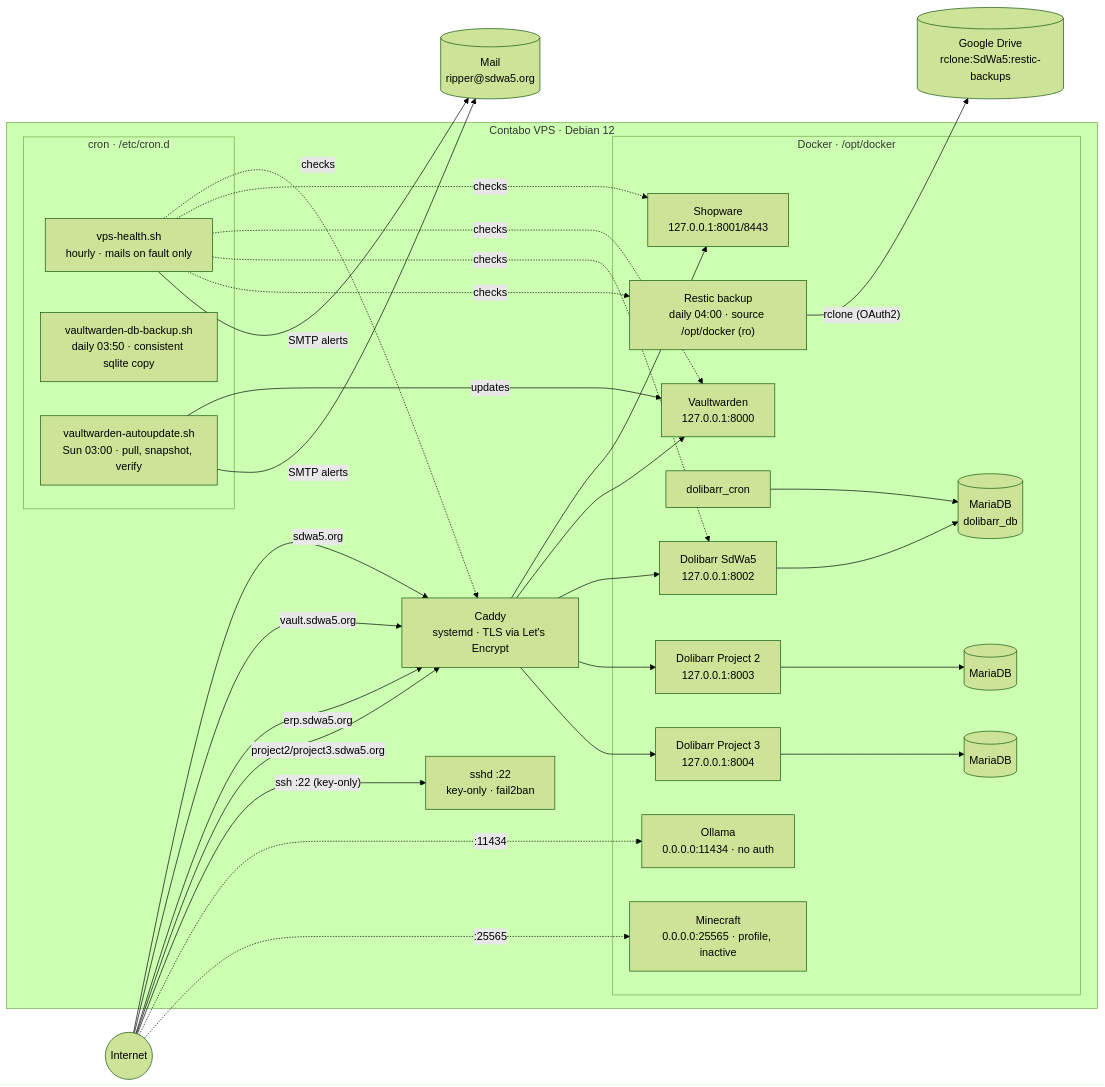
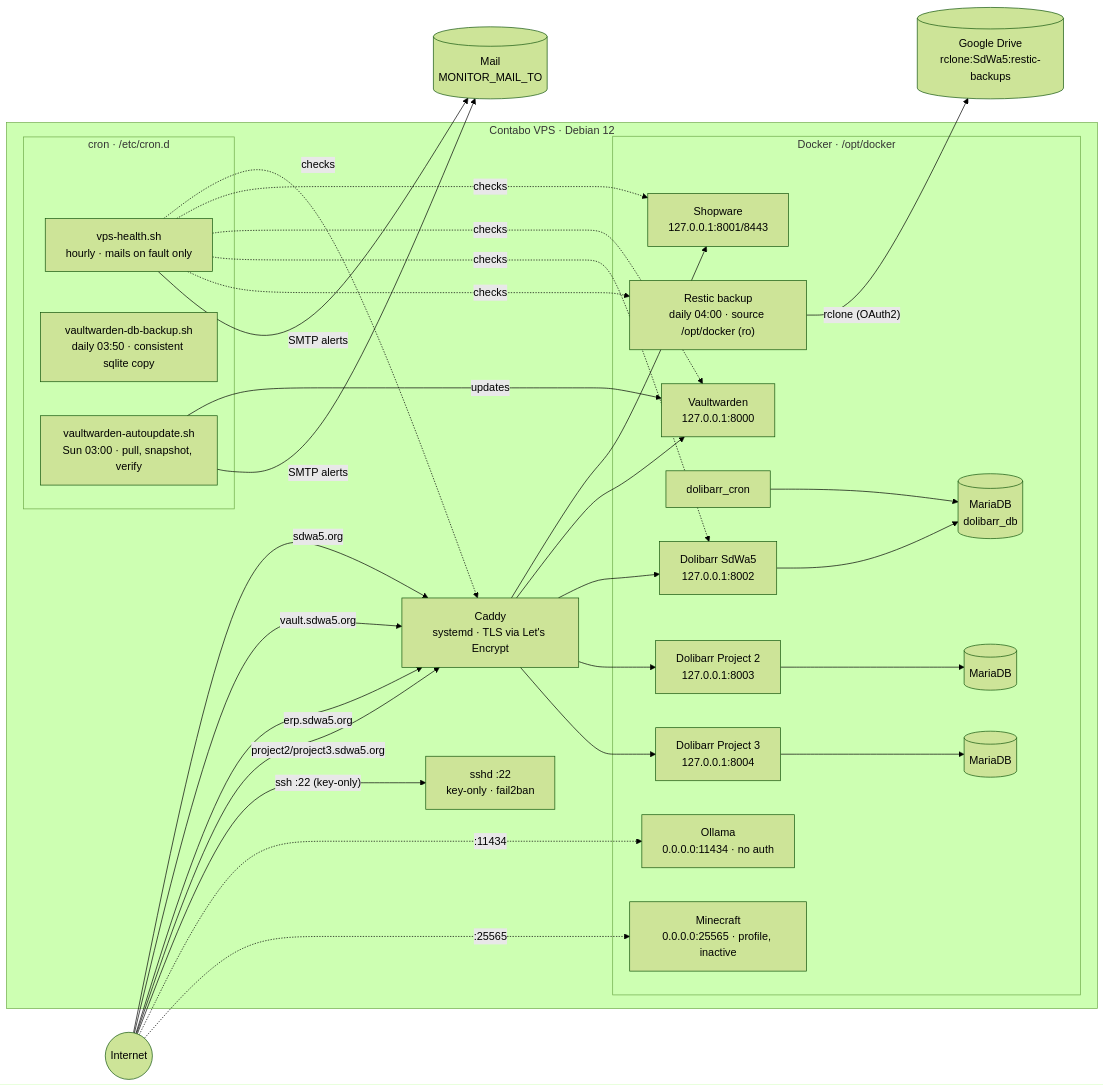
The diagram in docs/infrastructure.md (SdWa5/vps), drawn with Mermaid (forest theme) before and after one commit. The commit also changed 6 other files, not shown here.

````diff
--- a/docs/infrastructure.md
+++ b/docs/infrastructure.md
@@ -7,50 +7,50 @@
 ```mermaid
 flowchart LR
     U((Internet))
 
     subgraph vps ["Contabo VPS · Debian 12"]
         C["Caddy<br/>systemd · TLS via Let's Encrypt"]
 
         subgraph docker ["Docker · /opt/docker"]
             SW["Shopware<br/>127.0.0.1:8001/8443"]
             VW["Vaultwarden<br/>127.0.0.1:8000"]
             DL["Dolibarr SdWa5<br/>127.0.0.1:8002"]
             DLC["dolibarr_cron"]
             DLDB[("MariaDB<br/>dolibarr_db")]
             P2["Dolibarr Project 2<br/>127.0.0.1:8003"]
             P2DB[("MariaDB")]
             P3["Dolibarr Project 3<br/>127.0.0.1:8004"]
             P3DB[("MariaDB")]
             OL["Ollama<br/>0.0.0.0:11434 · no auth"]
             MC["Minecraft<br/>0.0.0.0:25565 · profile, inactive"]
             RS["Restic backup<br/>daily 04:00 · source /opt/docker (ro)"]
         end
 
         subgraph cron ["cron · /etc/cron.d"]
             HC["vps-health.sh<br/>hourly · mails on fault only"]
             DB["vaultwarden-db-backup.sh<br/>daily 03:50 · consistent sqlite copy"]
             AU["vaultwarden-autoupdate.sh<br/>Sun 03:00 · pull, snapshot, verify"]
         end
 
         SSHD["sshd :22<br/>key-only · fail2ban"]
     end
 
     GD[("Google Drive<br/>rclone:SdWa5:restic-backups")]
     U -- " sdwa5.org " --> C
     U -- " vault.sdwa5.org " --> C
     U -- " erp.sdwa5.org " --> C
     U -- " project2/project3.sdwa5.org " --> C
     U -- " ssh :22 (key-only) " --> SSHD
     U -. " :11434 " .-> OL
     U -. " :25565 " .-> MC
     C --> SW & VW & DL
     C --> P2 & P3
     DL --> DLDB
     DLC --> DLDB
     P2 --> P2DB
     P3 --> P3DB
     RS -- " rclone (OAuth2) " --> GD
     HC -. " checks " .-> C & SW & VW & DL & RS
     AU -- " updates " --> VW
-    HC & AU -- " SMTP alerts " --> MB[("Mail<br/>ripper@sdwa5.org")]
+    HC & AU -- " SMTP alerts " --> MB[("Mail<br/>MONITOR_MAIL_TO")]
 ```
````
